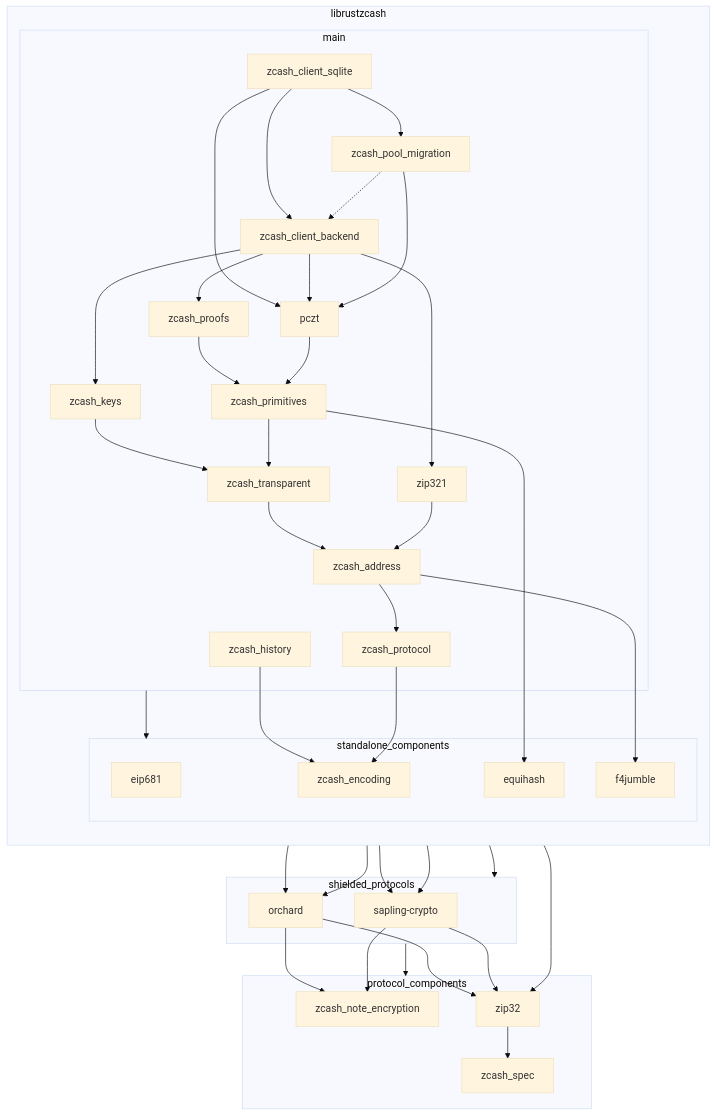
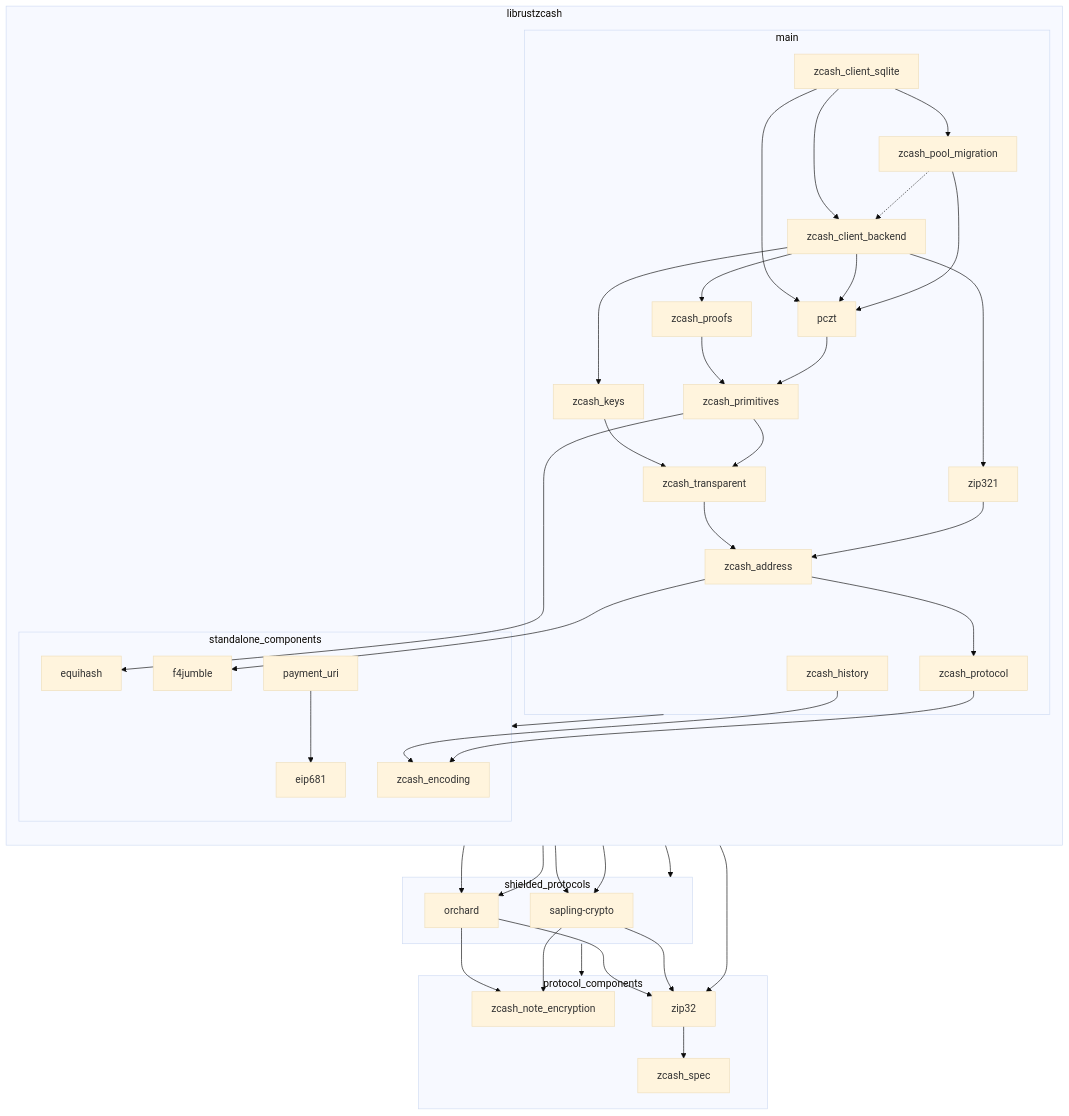
One commit to ShieldedLabs/zero changed the diagram in README.md. Above: the diagram before and after it, drawn with Mermaid (base theme). The commit also changed other lines of this file and 199 other files, not shown here.

```diff
--- a/README.md
+++ b/README.md
@@ -40,6 +40,7 @@
             eip681
             equihash
             f4jumble
+            payment_uri
             zcash_encoding
         end
     end
@@ -119,6 +120,7 @@
 
     zcash_primitives --> equihash
     zcash_address --> f4jumble
+    payment_uri --> eip681
 
     %% zcash_client_backend --> orchard
     %% pczt --> orchard
@@ -161,6 +163,7 @@
     click equihash "https://docs.rs/equihash/" _blank
     click f4jumble "https://docs.rs/f4jumble/" _blank
     click orchard "https://docs.rs/orchard/" _blank
+    click payment_uri "https://docs.rs/payment_uri/" _blank
     click pczt "https://docs.rs/pczt/" _blank
     click sapling-crypto "https://docs.rs/sapling-crypto/" _blank
     click zcash_address "https://docs.rs/zcash_address/" _blank
```
